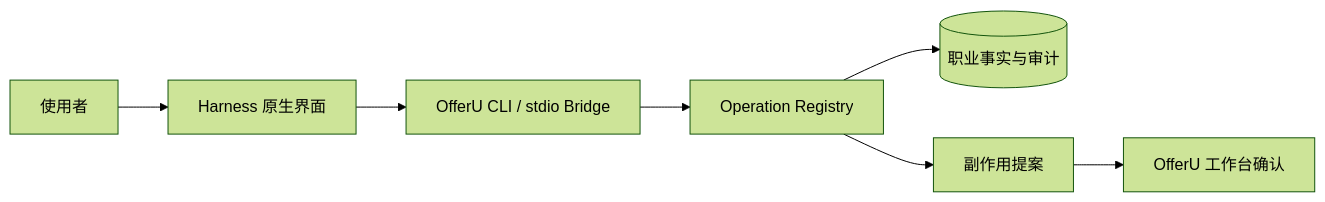
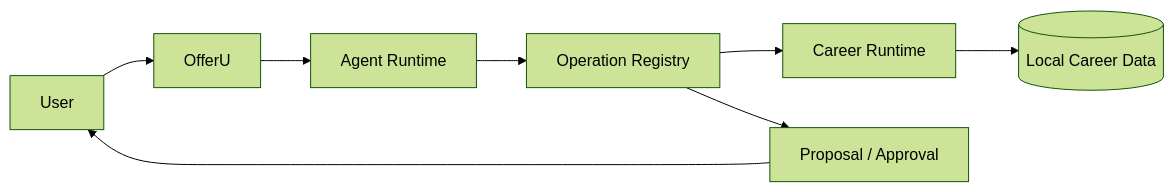
The diagram in README.md (avabbbb/OfferU), drawn with Mermaid (forest theme) before and after one commit. The commit also changed other lines of this file and 3 other files, not shown here.

````diff
--- a/README.md
+++ b/README.md
@@ -53,9 +219,10 @@
 ```mermaid
 flowchart LR
-    U[使用者] --> H[Harness 原生界面]
-    H --> B[OfferU CLI / stdio Bridge]
-    B --> O[Operation Registry]
-    O --> F[(职业事实与审计)]
-    O --> P[副作用提案]
-    P --> W[OfferU 工作台确认]
+    U[User] --> UI[OfferU]
+    UI --> A[Agent Runtime]
+    A --> O[Operation Registry]
+    O --> C[Career Runtime]
+    O --> P[Proposal / Approval]
+    P --> U
+    C --> D[(Local Career Data)]
 ```
````
